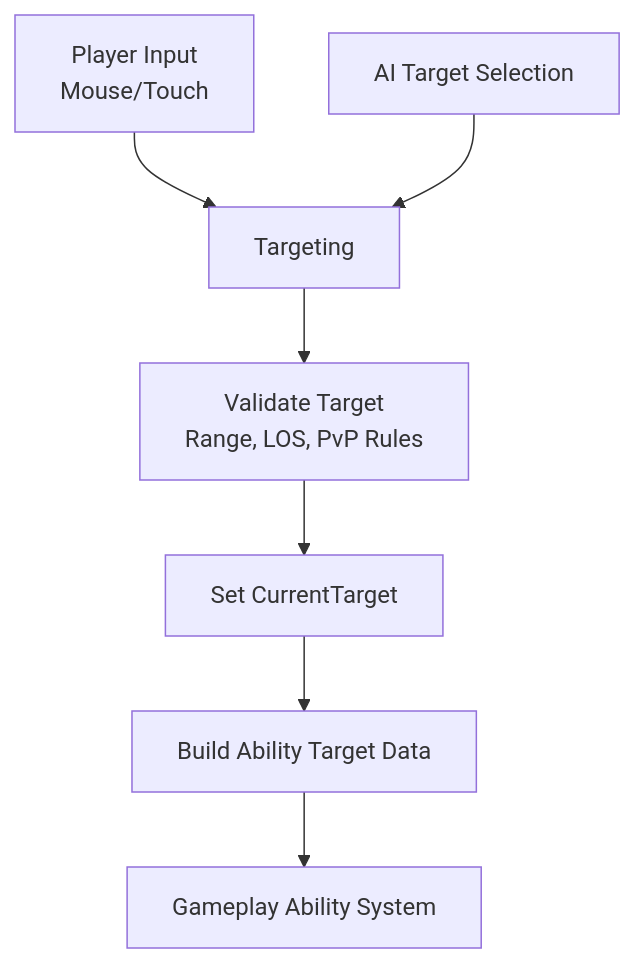
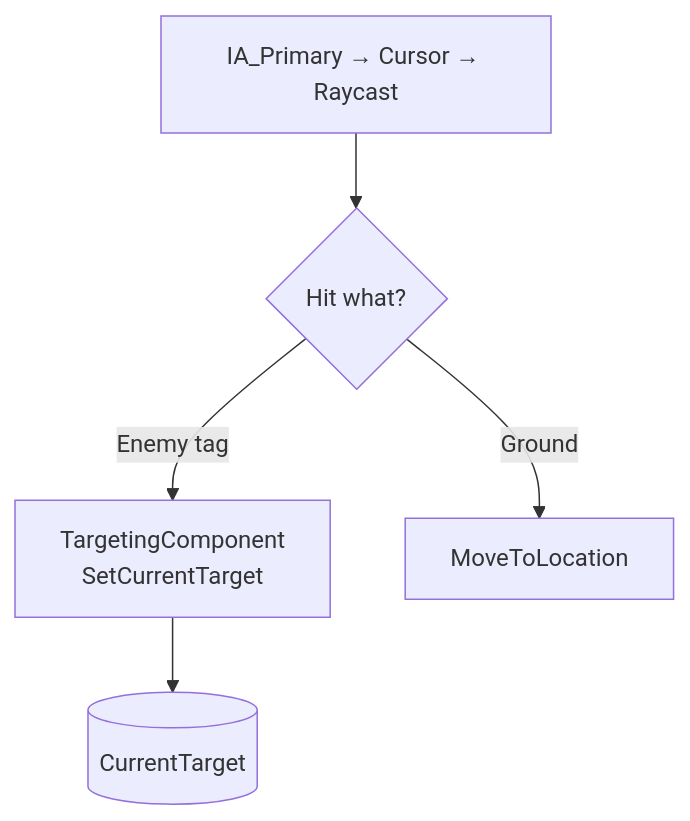
One commit to maximoh-mmo/PortfolioTutorial changed the diagram in Docs/Gameplay/Targeting_System.md. Above: the diagram before and after it, drawn with Mermaid. The commit also changed other lines of this file and 20 other files, not shown here.

````diff
--- a/Docs/Gameplay/Targeting_System.md
+++ b/Docs/Gameplay/Targeting_System.md
@@ -53,11 +52,7 @@
 ```mermaid
 flowchart TD
-    Input[Player Input<br/>Mouse/Touch] --> Targeting
-    AI[AI Target Selection] --> Targeting
-
-    Targeting --> Validate[Validate Target<br/>Range, LOS, PvP Rules]
-    Validate --> CurrentTarget[Set CurrentTarget]
-
-    CurrentTarget --> AbilityData[Build Ability Target Data]
-    AbilityData --> GAS[Gameplay Ability System]
+    Input[IA_Primary → Cursor → Raycast] --> Branch{Hit what?}
+    Branch -->|Enemy tag| TC[TargetingComponent<br/>SetCurrentTarget]
+    Branch -->|Ground| Move[MoveToLocation]
+    TC --> CurrentTarget[(CurrentTarget)]
 ```
````
